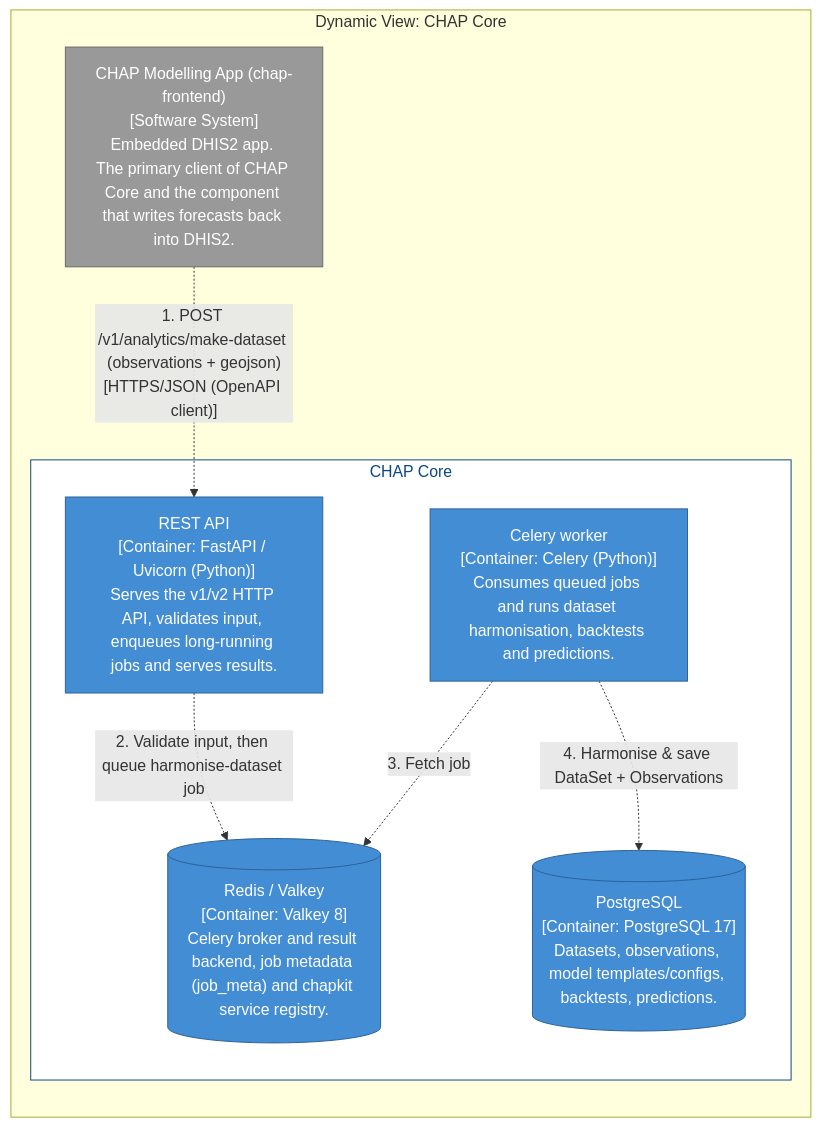
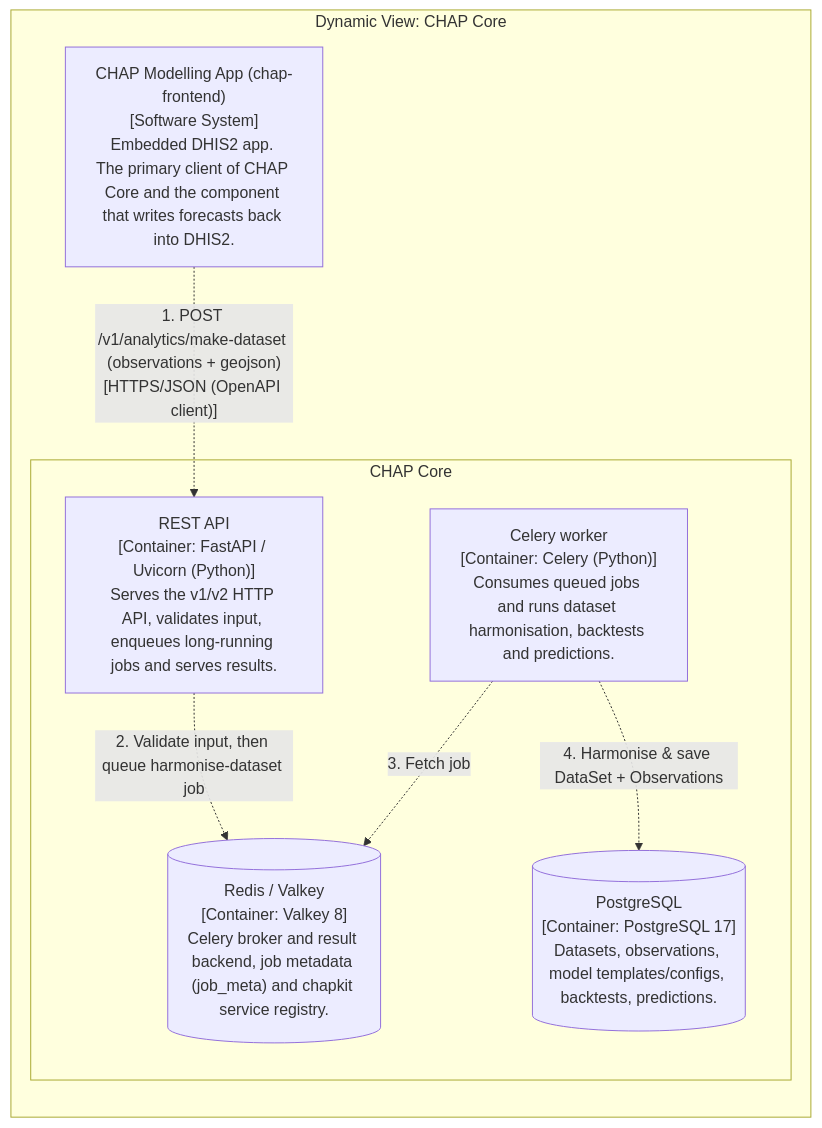
The seventh of 9 diagrams in docs/contributor/architecture_model.md (dhis2-chap/chap-core), drawn with Mermaid before and after one commit. The commit also changed other lines of this file and 1 other file, not shown here.

Commit message:
docs(architecture): drop hard-coded C4 colours so model diagrams follow the docs theme

````diff
--- a/docs/contributor/architecture_model.md
+++ b/docs/contributor/architecture_model.md
@@ -269,28 +216,22 @@
 ```mermaid
 graph LR
 
   subgraph diagram ["Dynamic View: CHAP Core"]
 
     subgraph 6 ["CHAP Core"]
-      style 6 fill:#ffffff,stroke:#0b4884,color:#0b4884
 
       12["Celery worker<br/>[Container: Celery (Python)]<br/>Consumes queued jobs and runs dataset harmonisation, backtests and predictions."]
-      style 12 fill:#438dd5,stroke:#2e6295,color:#ffffff
       17[("Redis / Valkey<br/>[Container: Valkey 8]<br/>Celery broker and result backend, job metadata (job_meta) and chapkit service registry.")]
-      style 17 fill:#438dd5,stroke:#2e6295,color:#ffffff
       18[("PostgreSQL<br/>[Container: PostgreSQL 17]<br/>Datasets, observations, model templates/configs, backtests, predictions.")]
-      style 18 fill:#438dd5,stroke:#2e6295,color:#ffffff
       7["REST API<br/>[Container: FastAPI / Uvicorn (Python)]<br/>Serves the v1/v2 HTTP API, validates input, enqueues long-running jobs and serves results."]
-      style 7 fill:#438dd5,stroke:#2e6295,color:#ffffff
     end
 
     4["CHAP Modelling App (chap-frontend)<br/>[Software System]<br/>Embedded DHIS2 app. The primary client of CHAP Core and the component that writes forecasts back into DHIS2."]
-    style 4 fill:#999999,stroke:#6b6b6b,color:#ffffff
 
     4-. "1. POST /v1/analytics/make-dataset (observations + geojson)<br/>[HTTPS/JSON (OpenAPI client)]" .->7
     7-. "2. Validate input, then queue harmonise-dataset job" .->17
     12-. "3. Fetch job" .->17
     12-. "4. Harmonise & save DataSet + Observations" .->18
 
   end
 ```
````
